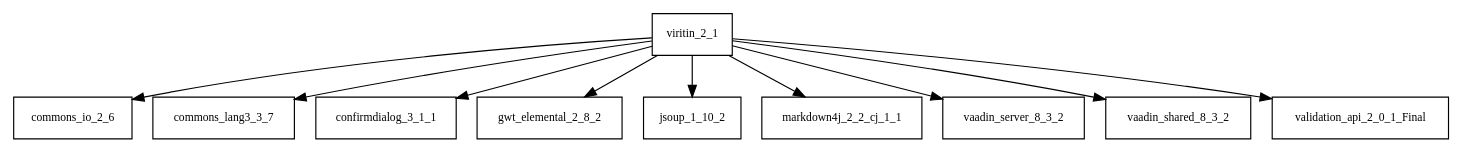
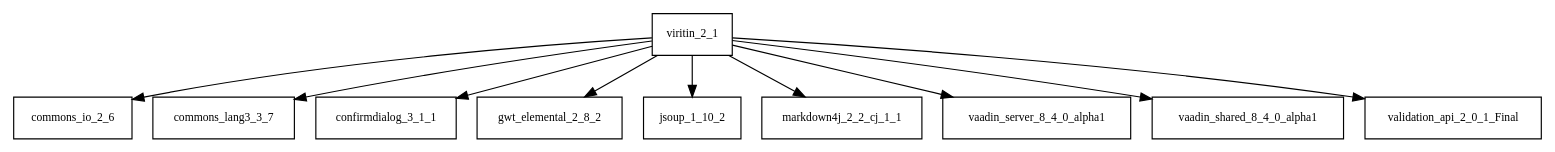
The diagram in tattleTaleReport/graphviz/viritin-2.1.jar/viritin-2.1.jar.dot (sjvs/cia), drawn with Graphviz before and after one commit. The commit also changed 2329 other files, not shown here.

```diff
--- a/tattleTaleReport/graphviz/viritin-2.1.jar/viritin-2.1.jar.dot
+++ b/tattleTaleReport/graphviz/viritin-2.1.jar/viritin-2.1.jar.dot
@@ -1,12 +1,12 @@
 digraph viritin_2_1_dependencies {
   node [shape = box, fontsize=10.0];
   viritin_2_1 -> commons_io_2_6;
   viritin_2_1 -> commons_lang3_3_7;
   viritin_2_1 -> confirmdialog_3_1_1;
   viritin_2_1 -> gwt_elemental_2_8_2;
   viritin_2_1 -> jsoup_1_10_2;
   viritin_2_1 -> markdown4j_2_2_cj_1_1;
-  viritin_2_1 -> vaadin_server_8_3_2;
-  viritin_2_1 -> vaadin_shared_8_3_2;
+  viritin_2_1 -> vaadin_server_8_4_0_alpha1;
+  viritin_2_1 -> vaadin_shared_8_4_0_alpha1;
   viritin_2_1 -> validation_api_2_0_1_Final;
 }
```
